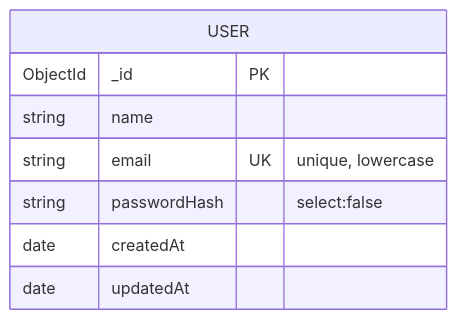
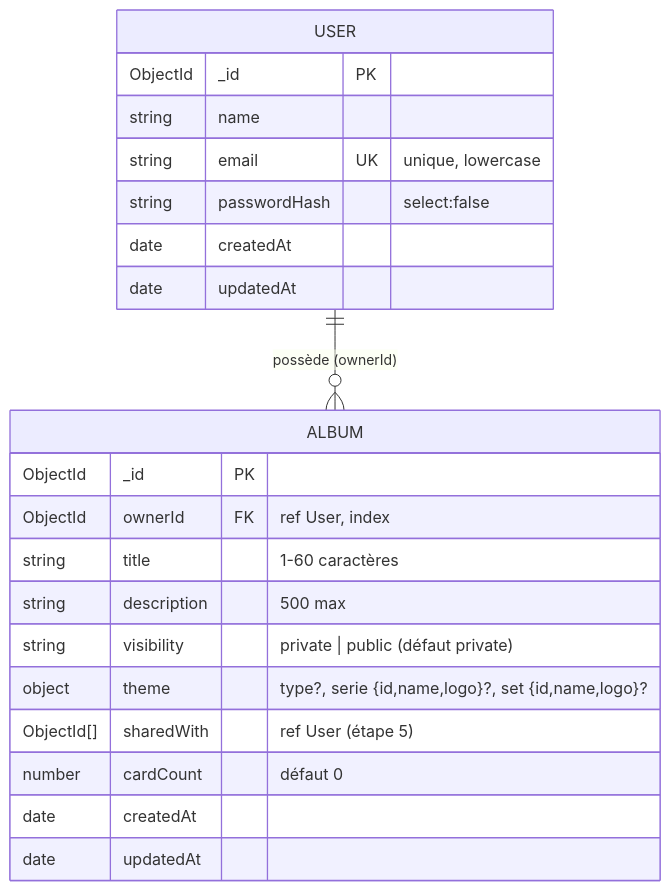
Before and after one commit to nini667-E/AngularM1_Miage_2026_2027_TP123: the second of 9 diagrams in backend/analyse.md, drawn with Mermaid. The commit also changed other lines of this file and 57 other files, not shown here.

````diff
--- a/backend/analyse.md
+++ b/backend/analyse.md
@@ -91,11 +112,24 @@
 ```mermaid
 erDiagram
     USER {
         ObjectId _id PK
         string name
         string email UK "unique, lowercase"
         string passwordHash "select:false"
         date createdAt
         date updatedAt
     }
+    ALBUM {
+        ObjectId _id PK
+        ObjectId ownerId FK "ref User, index"
+        string title "1-60 caractères"
+        string description "500 max"
+        string visibility "private | public (défaut private)"
+        object theme "type?, serie {id,name,logo}?, set {id,name,logo}?"
+        ObjectId[] sharedWith "ref User (étape 5)"
+        number cardCount "défaut 0"
+        date createdAt
+        date updatedAt
+    }
+    USER ||--o{ ALBUM : "possède (ownerId)"
 ```
````
